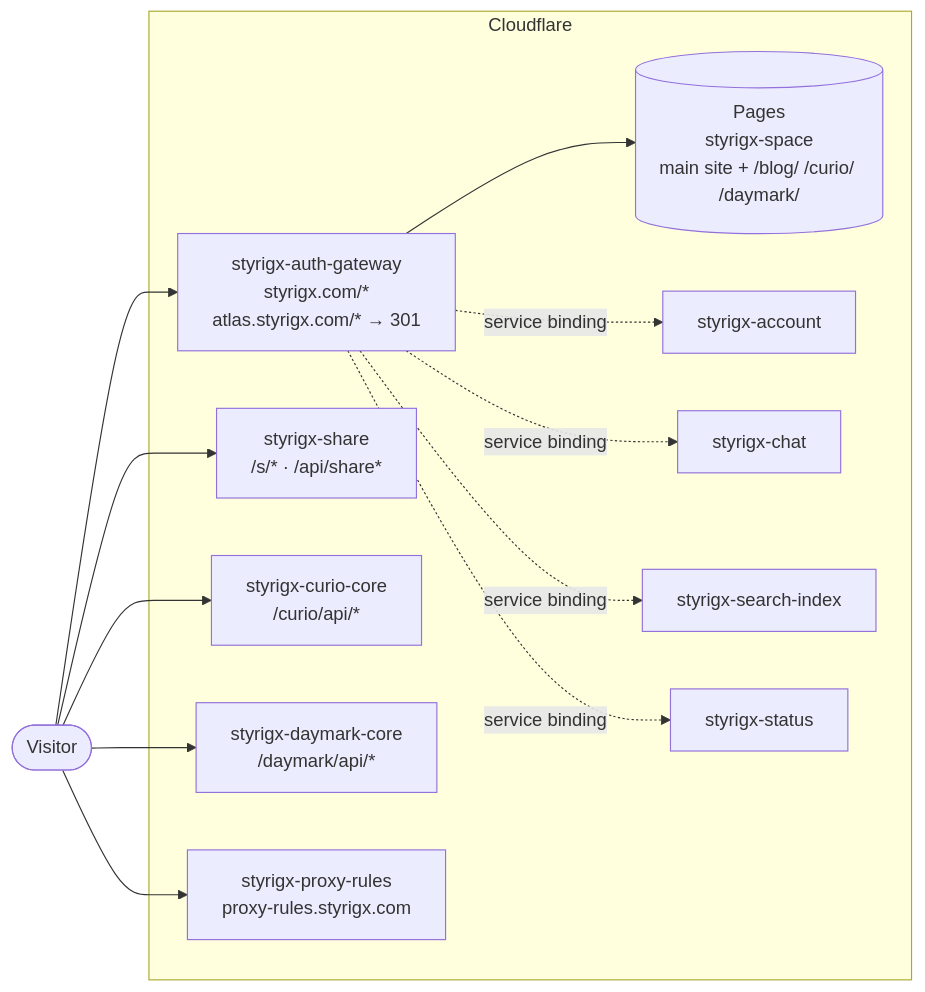
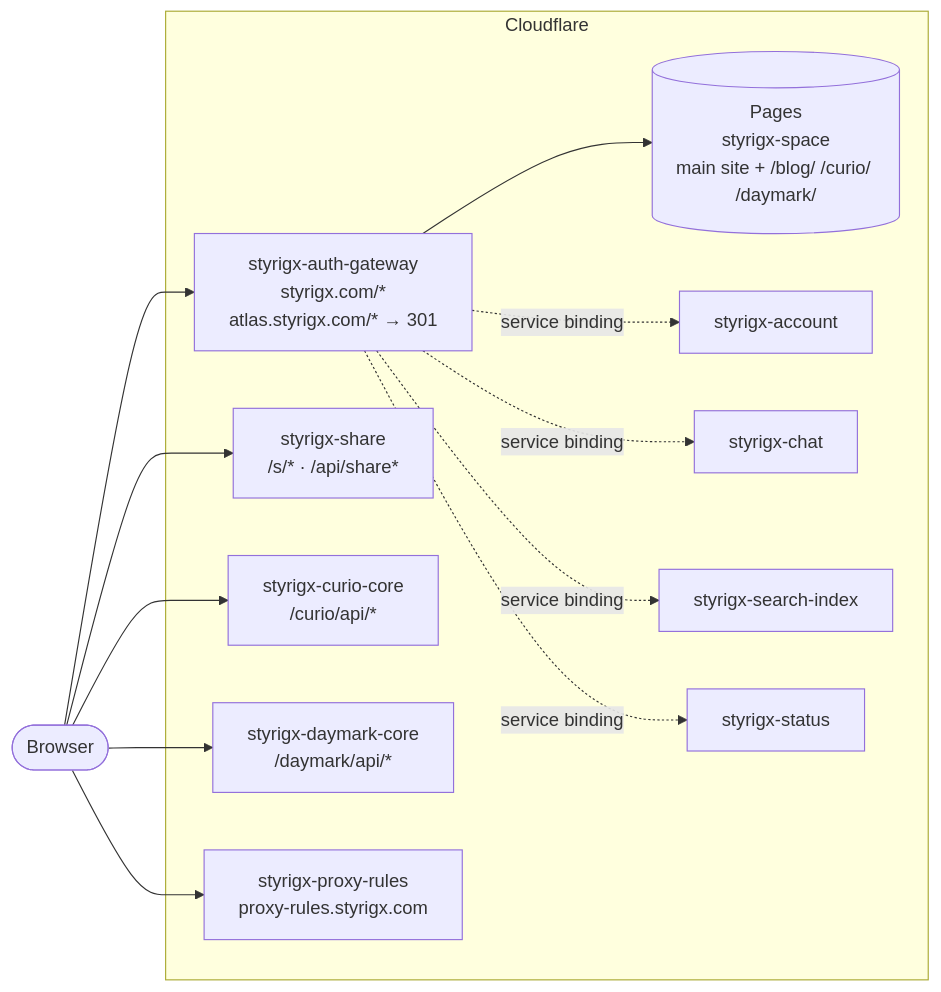
The diagram in README.en.md (styrigx/styrigx-space), drawn with Mermaid before and after one commit. The commit also changed other lines of this file and 312 other files, not shown here.

````diff
--- a/README.en.md
+++ b/README.en.md
@@ -70,20 +70,20 @@
 ```mermaid
 flowchart LR
-  V([Visitor]) --> GW
+  V([Browser]) --> GW
   subgraph CF[Cloudflare]
     GW[styrigx-auth-gateway<br/>styrigx.com/*<br/>atlas.styrigx.com/* → 301]
     SH[styrigx-share<br/>/s/* · /api/share*]
     CC[styrigx-curio-core<br/>/curio/api/*]
     DC[styrigx-daymark-core<br/>/daymark/api/*]
     GW --> P1[(Pages<br/>styrigx-space<br/>main site + /blog/ /curio/ /daymark/)]
     GW -. service binding .-> AC[styrigx-account]
     GW -. service binding .-> CH[styrigx-chat]
     GW -. service binding .-> SE[styrigx-search-index]
     GW -. service binding .-> ST[styrigx-status]
     PR[styrigx-proxy-rules<br/>proxy-rules.styrigx.com]
   end
   V --> SH
   V --> CC
   V --> DC
   V --> PR
 ```
````
